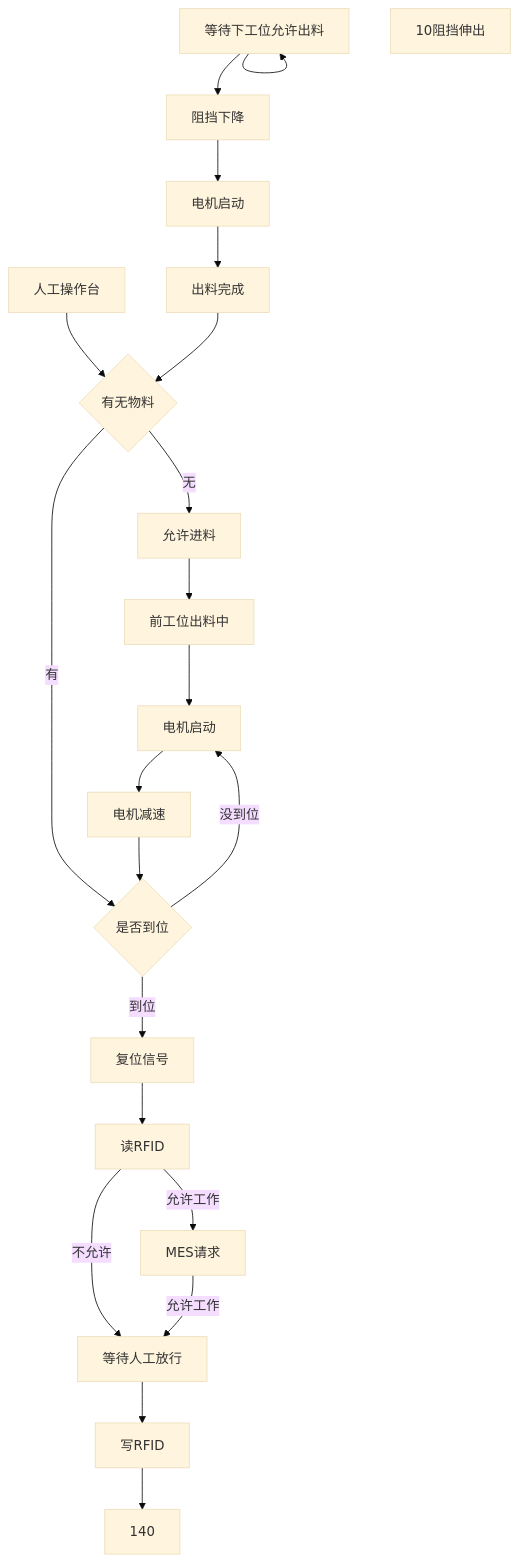
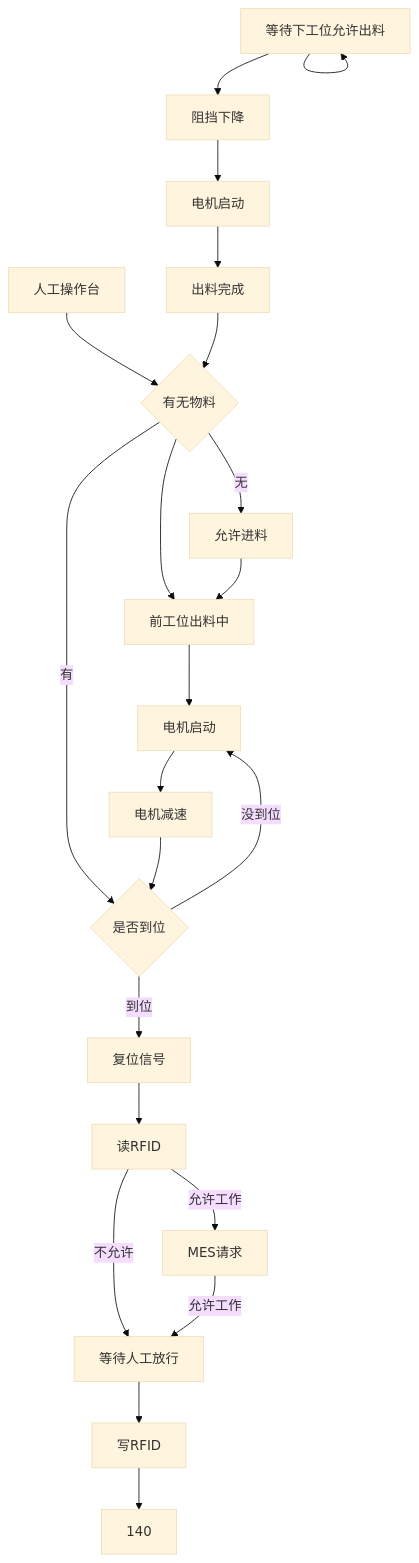
One commit to PengKun1/iodraw-files changed the diagram in all/未命名-4.md. Above: the diagram before and after it, drawn with Mermaid (base theme).

Commit message:
2024-12-20 14:55:20 update

````diff
--- a/all/未命名-4.md
+++ b/all/未命名-4.md
@@ -1,25 +1,25 @@
 ```mermaid
 graph TD
 0[人工操作台]-->10
-10阻挡伸出
+10[阻挡伸出]-->30
 10{有无物料}-->|无|20
 10-->|有|60
 20[允许进料]-->30
 30[前工位出料中]-->40
 40[电机启动]-->50
 50[电机减速]-->60
 60{是否到位}-->|到位|70
 60-->|没到位|40
 70[复位信号]-->80
 80[读RFID]-->|允许工作|90
 80-->|不允许|120
 90[MES请求]-->|允许工作|120
 
 120[等待人工放行]-->130
 130[写RFID]-->140
 150[MES上传]-->150
 150[等待下工位允许出料]-->160
 160[阻挡下降]-->170
 170[电机启动]-->180
 180[出料完成]-->10
 ```
````
